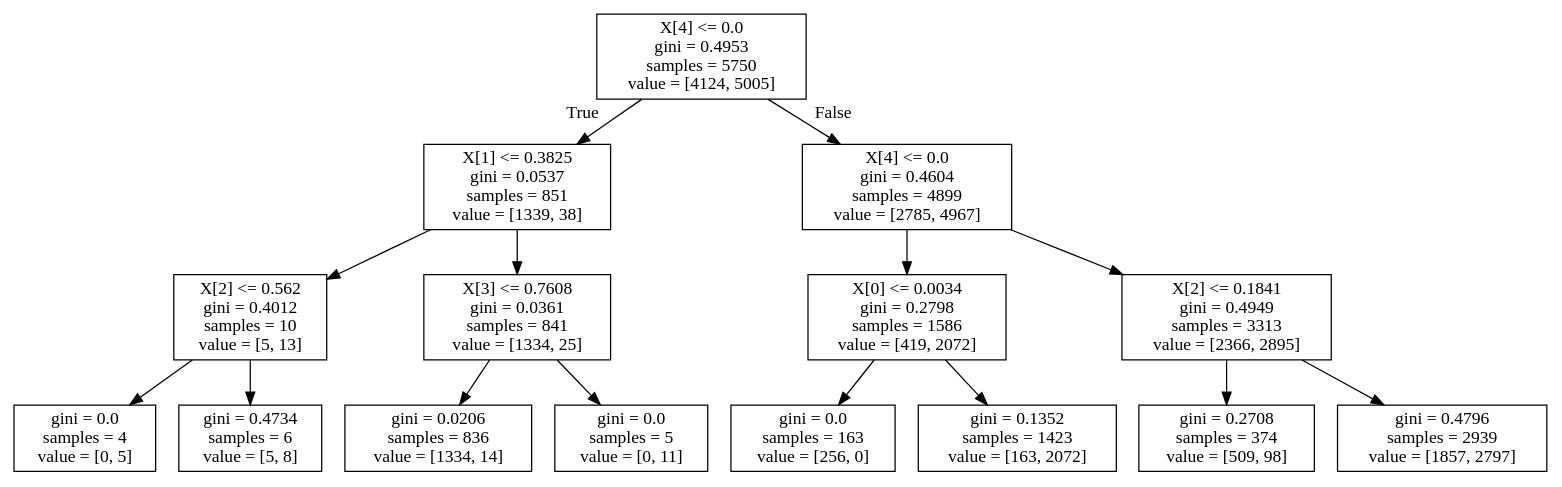
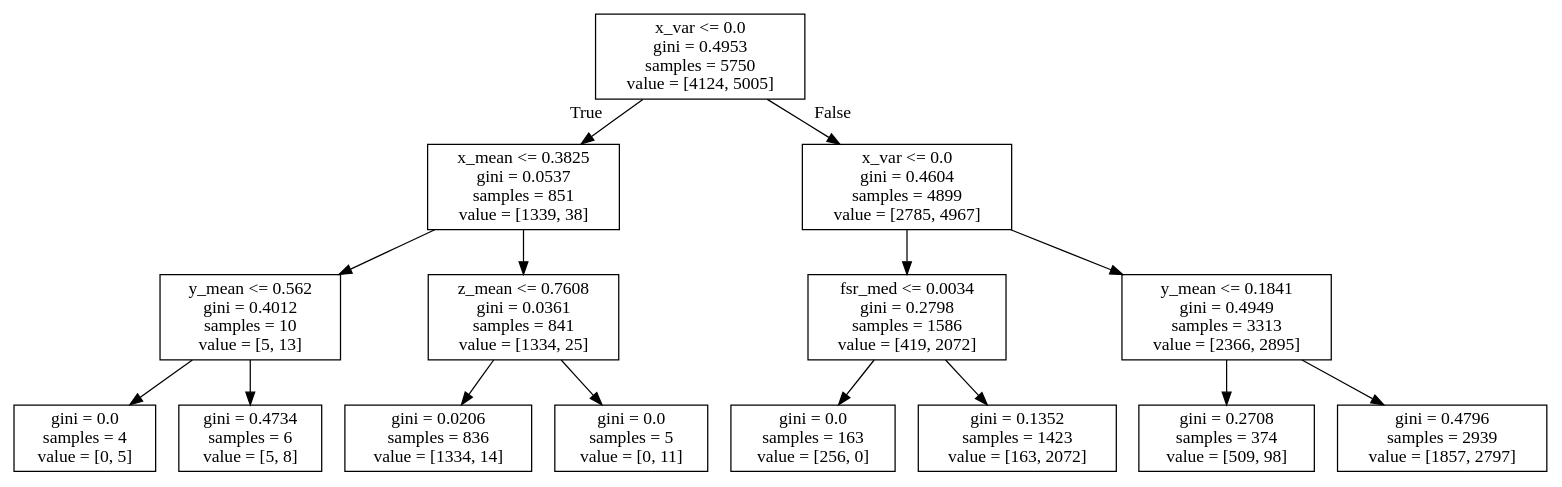
The diagram in dip/random_forest_renders/tree_8.dot (dannygosain1/goyo), drawn with Graphviz before and after one commit. The commit also changed 9 other files, not shown here.

```diff
--- a/dip/random_forest_renders/tree_8.dot
+++ b/dip/random_forest_renders/tree_8.dot
@@ -1,32 +1,32 @@
 digraph Tree {
 node [shape=box] ;
-0 [label="X[4] <= 0.0\ngini = 0.4953\nsamples = 5750\nvalue = [4124, 5005]"] ;
-1 [label="X[1] <= 0.3825\ngini = 0.0537\nsamples = 851\nvalue = [1339, 38]"] ;
+0 [label="x_var <= 0.0\ngini = 0.4953\nsamples = 5750\nvalue = [4124, 5005]"] ;
+1 [label="x_mean <= 0.3825\ngini = 0.0537\nsamples = 851\nvalue = [1339, 38]"] ;
 0 -> 1 [labeldistance=2.5, labelangle=45, headlabel="True"] ;
-2 [label="X[2] <= 0.562\ngini = 0.4012\nsamples = 10\nvalue = [5, 13]"] ;
+2 [label="y_mean <= 0.562\ngini = 0.4012\nsamples = 10\nvalue = [5, 13]"] ;
 1 -> 2 ;
 3 [label="gini = 0.0\nsamples = 4\nvalue = [0, 5]"] ;
 2 -> 3 ;
 4 [label="gini = 0.4734\nsamples = 6\nvalue = [5, 8]"] ;
 2 -> 4 ;
-5 [label="X[3] <= 0.7608\ngini = 0.0361\nsamples = 841\nvalue = [1334, 25]"] ;
+5 [label="z_mean <= 0.7608\ngini = 0.0361\nsamples = 841\nvalue = [1334, 25]"] ;
 1 -> 5 ;
 6 [label="gini = 0.0206\nsamples = 836\nvalue = [1334, 14]"] ;
 5 -> 6 ;
 7 [label="gini = 0.0\nsamples = 5\nvalue = [0, 11]"] ;
 5 -> 7 ;
-8 [label="X[4] <= 0.0\ngini = 0.4604\nsamples = 4899\nvalue = [2785, 4967]"] ;
+8 [label="x_var <= 0.0\ngini = 0.4604\nsamples = 4899\nvalue = [2785, 4967]"] ;
 0 -> 8 [labeldistance=2.5, labelangle=-45, headlabel="False"] ;
-9 [label="X[0] <= 0.0034\ngini = 0.2798\nsamples = 1586\nvalue = [419, 2072]"] ;
+9 [label="fsr_med <= 0.0034\ngini = 0.2798\nsamples = 1586\nvalue = [419, 2072]"] ;
 8 -> 9 ;
 10 [label="gini = 0.0\nsamples = 163\nvalue = [256, 0]"] ;
 9 -> 10 ;
 11 [label="gini = 0.1352\nsamples = 1423\nvalue = [163, 2072]"] ;
 9 -> 11 ;
-12 [label="X[2] <= 0.1841\ngini = 0.4949\nsamples = 3313\nvalue = [2366, 2895]"] ;
+12 [label="y_mean <= 0.1841\ngini = 0.4949\nsamples = 3313\nvalue = [2366, 2895]"] ;
 8 -> 12 ;
 13 [label="gini = 0.2708\nsamples = 374\nvalue = [509, 98]"] ;
 12 -> 13 ;
 14 [label="gini = 0.4796\nsamples = 2939\nvalue = [1857, 2797]"] ;
 12 -> 14 ;
 }
```
